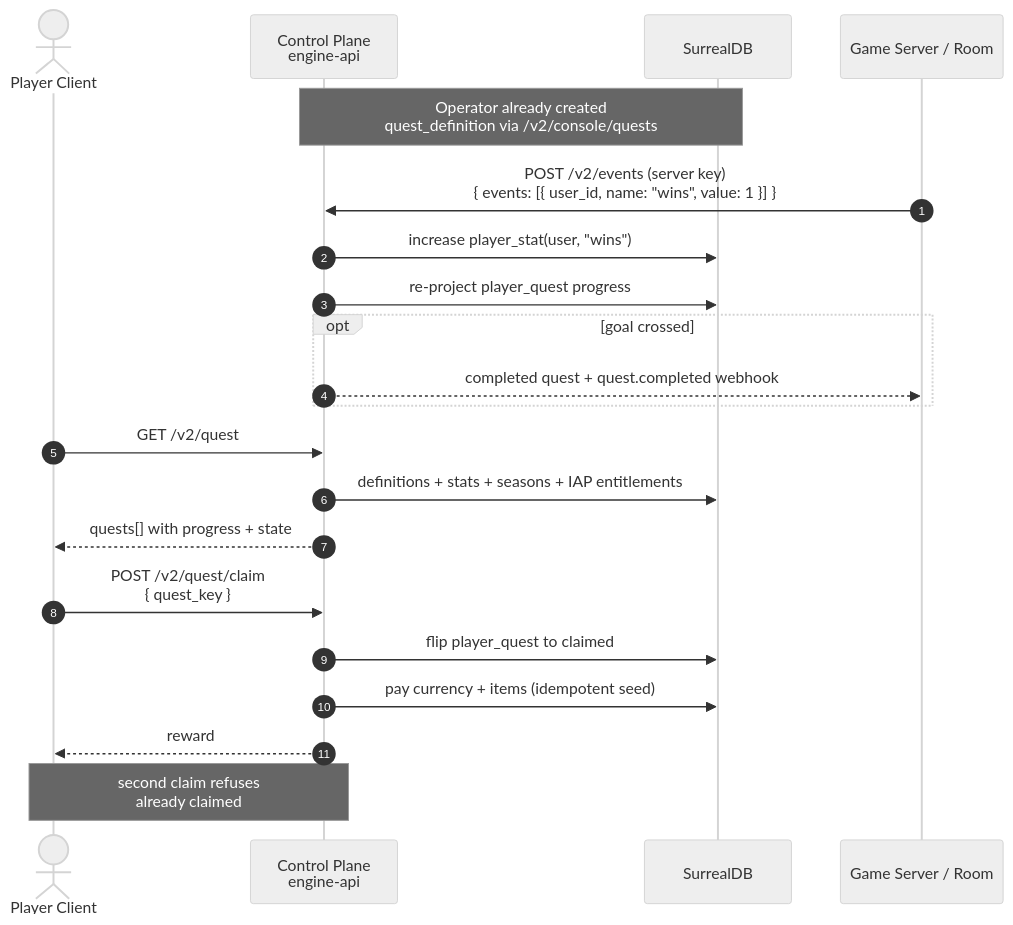
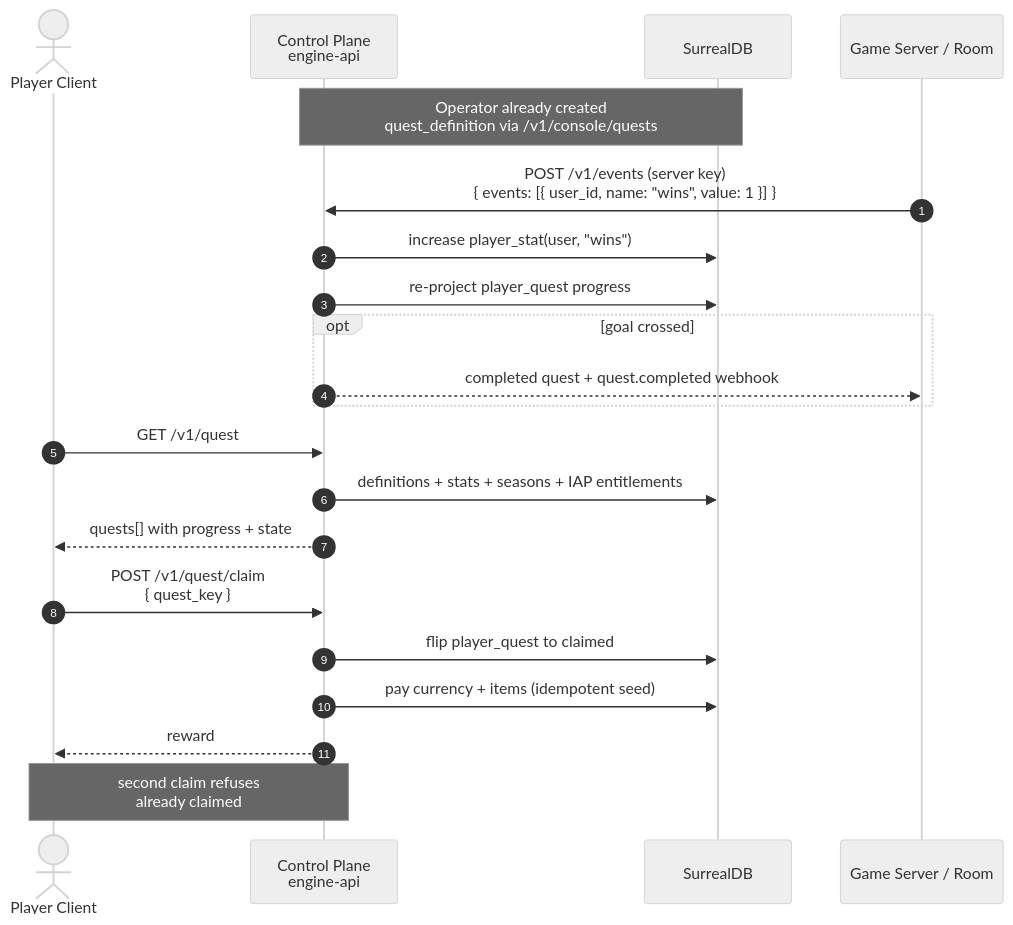
One commit to ananddub/cyg changed the diagram in docs/flows/quest.mmd. Above: the diagram before and after it, drawn with Mermaid (neutral theme). The commit also changed 644 other files, not shown here.

```diff
--- a/docs/flows/quest.mmd
+++ b/docs/flows/quest.mmd
@@ -1,26 +1,26 @@
 sequenceDiagram
     autonumber
     actor P as Player Client
     participant API as Control Plane<br/>engine-api
     participant DB as SurrealDB
     participant GS as Game Server / Room
 
-    Note over API,DB: Operator already created<br/>quest_definition via /v2/console/quests
+    Note over API,DB: Operator already created<br/>quest_definition via /v1/console/quests
 
-    GS->>API: POST /v2/events (server key)<br/>{ events: [{ user_id, name: "wins", value: 1 }] }
+    GS->>API: POST /v1/events (server key)<br/>{ events: [{ user_id, name: "wins", value: 1 }] }
     API->>DB: increase player_stat(user, "wins")
     API->>DB: re-project player_quest progress
     opt goal crossed
         API-->>GS: completed quest + quest.completed webhook
     end
 
-    P->>API: GET /v2/quest
+    P->>API: GET /v1/quest
     API->>DB: definitions + stats + seasons + IAP entitlements
     API-->>P: quests[] with progress + state
 
-    P->>API: POST /v2/quest/claim<br/>{ quest_key }
+    P->>API: POST /v1/quest/claim<br/>{ quest_key }
     API->>DB: flip player_quest to claimed
     API->>DB: pay currency + items (idempotent seed)
     API-->>P: reward
 
     Note over P,API: second claim refuses<br/>already claimed
```
